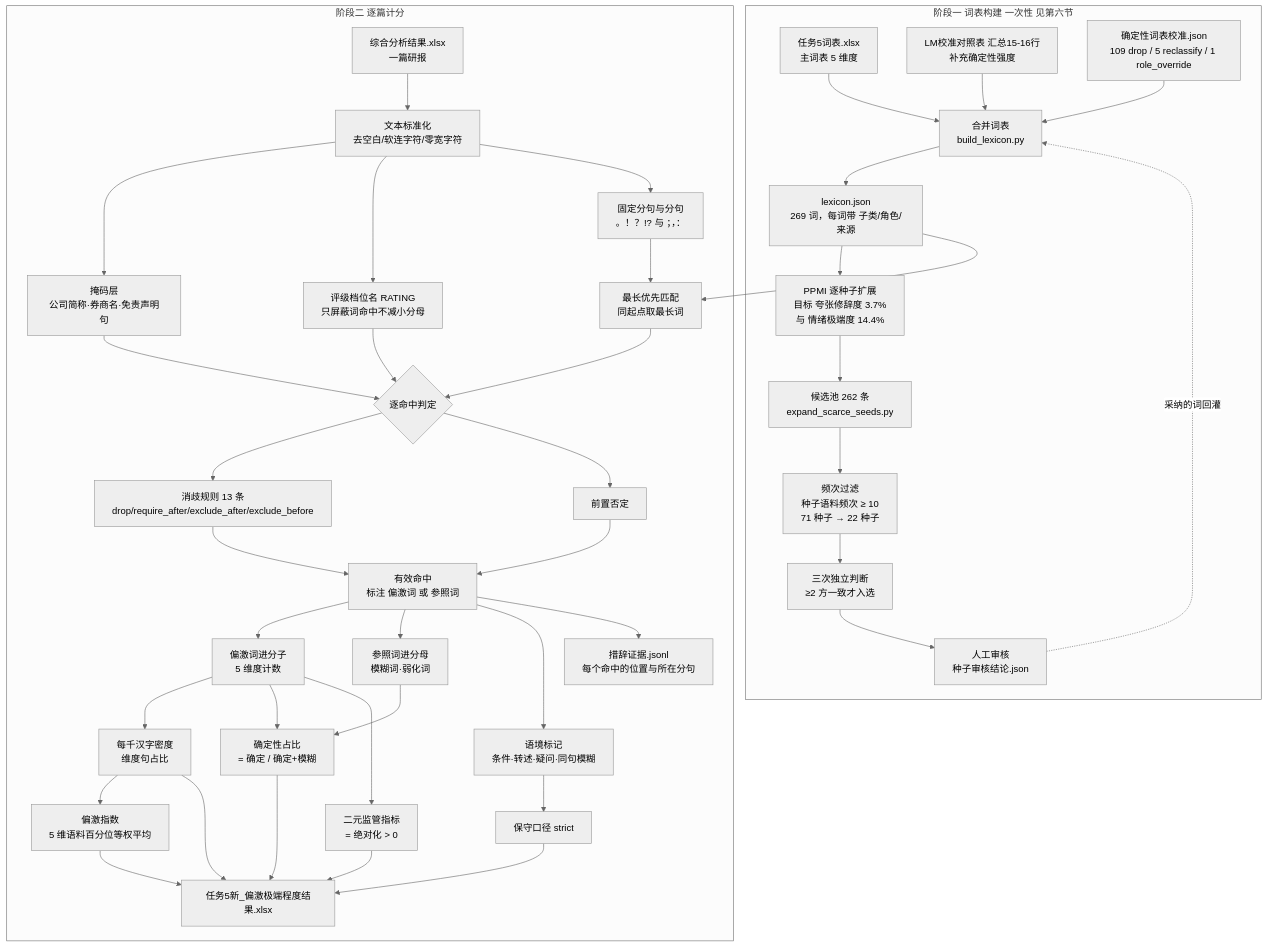
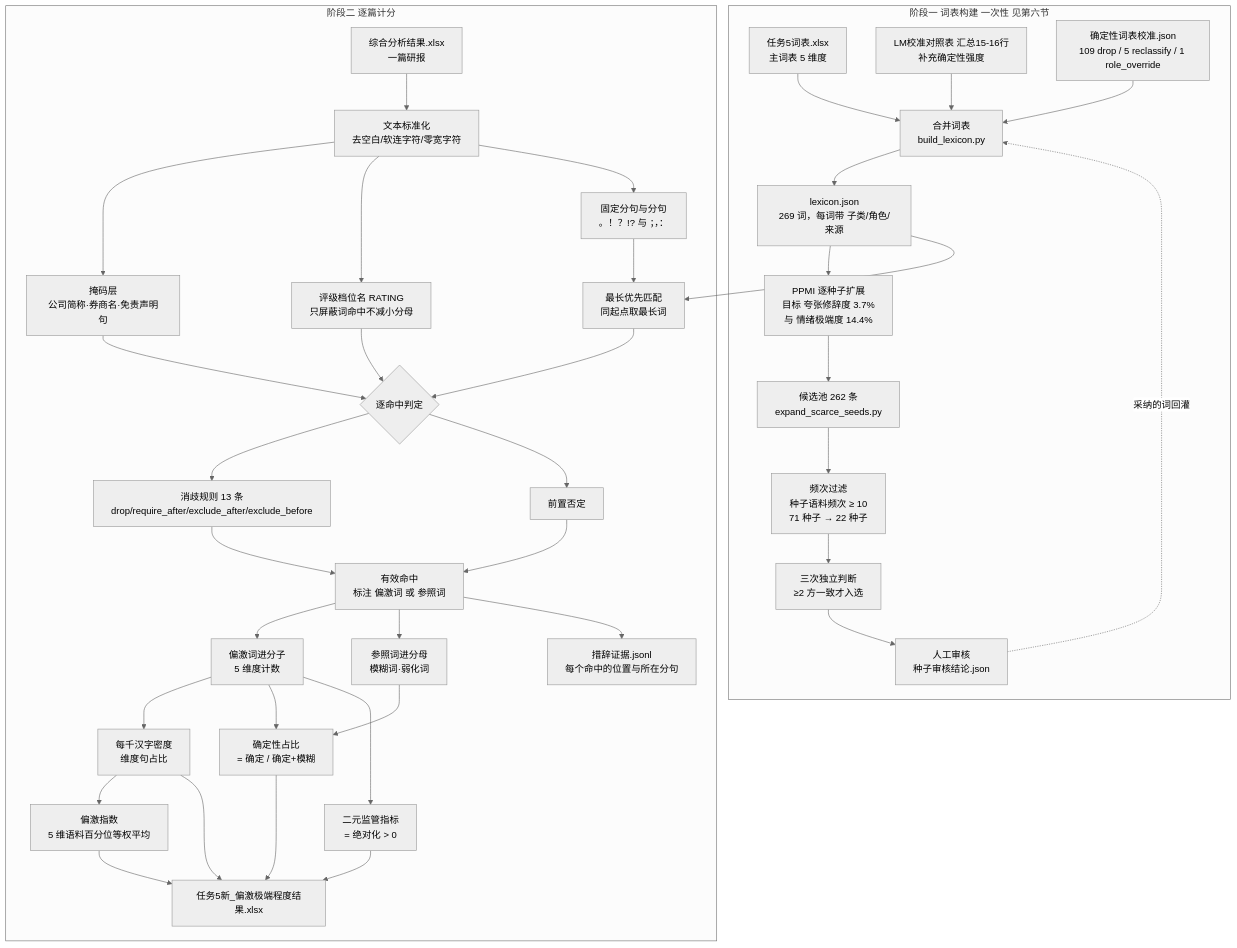
The diagram in 任务5（新）/README.md (lyh122500/yanbao-text-analysis), drawn with Mermaid (neutral theme) before and after one commit. The commit also changed other lines of this file and 3 other files, not shown here.

````diff
--- a/任务5（新）/README.md
+++ b/任务5（新）/README.md
@@ -87,47 +88,44 @@
 ```mermaid
 flowchart TD
     subgraph S1[阶段一 词表构建 一次性 见第六节]
         A[任务5词表.xlsx<br/>主词表 5 维度] --> M[合并词表<br/>build_lexicon.py]
         B[LM校准对照表 汇总15-16行<br/>补充确定性强度] --> M
         C[确定性词表校准.json<br/>109 drop / 5 reclassify / 1 role_override] --> M
         M --> D[lexicon.json<br/>269 词，每词带 子类/角色/来源]
         D --> P0[PPMI 逐种子扩展<br/>目标 夸张修辞度 3.7%<br/>与 情绪极端度 14.4%]
         P0 --> P1[候选池 262 条<br/>expand_scarce_seeds.py]
         P1 --> P2[频次过滤<br/>种子语料频次 ≥ 10<br/>71 种子 → 22 种子]
         P2 --> P3[三次独立判断<br/>≥2 方一致才入选]
         P3 --> P4[人工审核<br/>种子审核结论.json]
         P4 -. 采纳的词回灌 .-> M
     end
 
     subgraph S2[阶段二 逐篇计分]
         G[综合分析结果.xlsx<br/>一篇研报] --> H[文本标准化<br/>去空白/软连字符/零宽字符]
         H --> I[掩码层<br/>公司简称·券商名·免责声明句]
         H --> R[评级档位名 RATING<br/>只屏蔽词命中不减小分母]
         H --> J[固定分句与分句<br/>。！？!? 与 ；，：]
         D --> K[最长优先匹配<br/>同起点取最长词]
         J --> K
         R --> L{逐命中判定}
         K --> L
         I --> L
         L --> N[消歧规则 13 条<br/>drop/require_after/exclude_after/exclude_before]
         L --> O[前置否定]
         N --> P[有效命中<br/>标注 偏激词 或 参照词]
         O --> P
         P --> Q1[偏激词进分子<br/>5 维度计数]
         P --> Q2[参照词进分母<br/>模糊词·弱化词]
-        P --> Q3[语境标记<br/>条件·转述·疑问·同句模糊]
 
         Q1 --> S[每千汉字密度<br/>维度句占比]
-        Q3 --> T[保守口径 strict]
         Q2 --> U[确定性占比<br/>= 确定 / 确定+模糊]
         Q1 --> U
         S --> V[偏激指数<br/>5 维语料百分位等权平均]
         Q1 --> W[二元监管指标<br/>= 绝对化 > 0]
         S --> X[任务5新_偏激极端程度结果.xlsx]
-        T --> X
         U --> X
         V --> X
         W --> X
         P --> Y[措辞证据.jsonl<br/>每个命中的位置与所在分句]
     end
 ```
````
